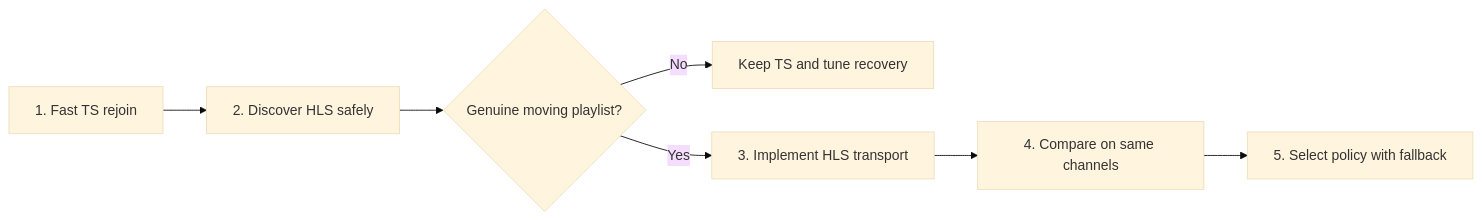
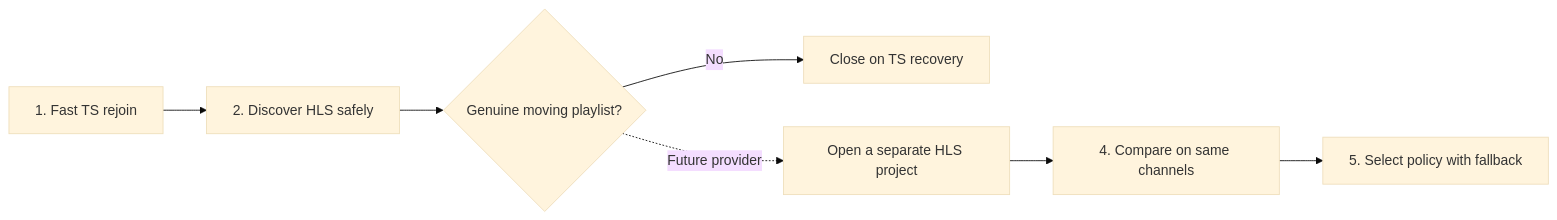
Before and after one commit to jonocairns/coaxn: the diagram in docs/design/live-transport-recovery-project.md, drawn with Mermaid (base theme). The commit also changed other lines of this file and 3 other files, not shown here.

````diff
--- a/docs/design/live-transport-recovery-project.md
+++ b/docs/design/live-transport-recovery-project.md
@@ -40,9 +37,9 @@
 ```mermaid
 flowchart LR
     A["1. Fast TS rejoin"] --> B["2. Discover HLS safely"]
     B --> C{"Genuine moving playlist?"}
-    C -- No --> D["Keep TS and tune recovery"]
-    C -- Yes --> E["3. Implement HLS transport"]
+    C -- No --> D["Close on TS recovery"]
+    C -. Future provider .-> E["Open a separate HLS project"]
     E --> F["4. Compare on same channels"]
     F --> G["5. Select policy with fallback"]
 ```
````
